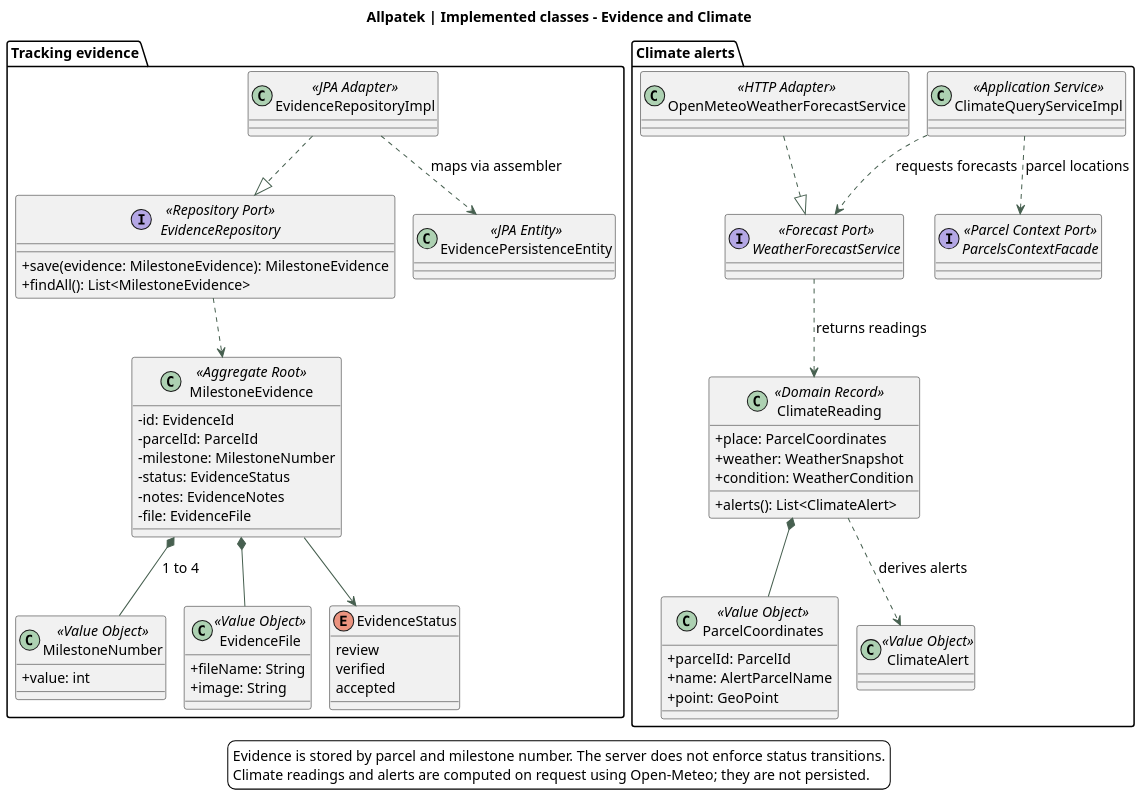
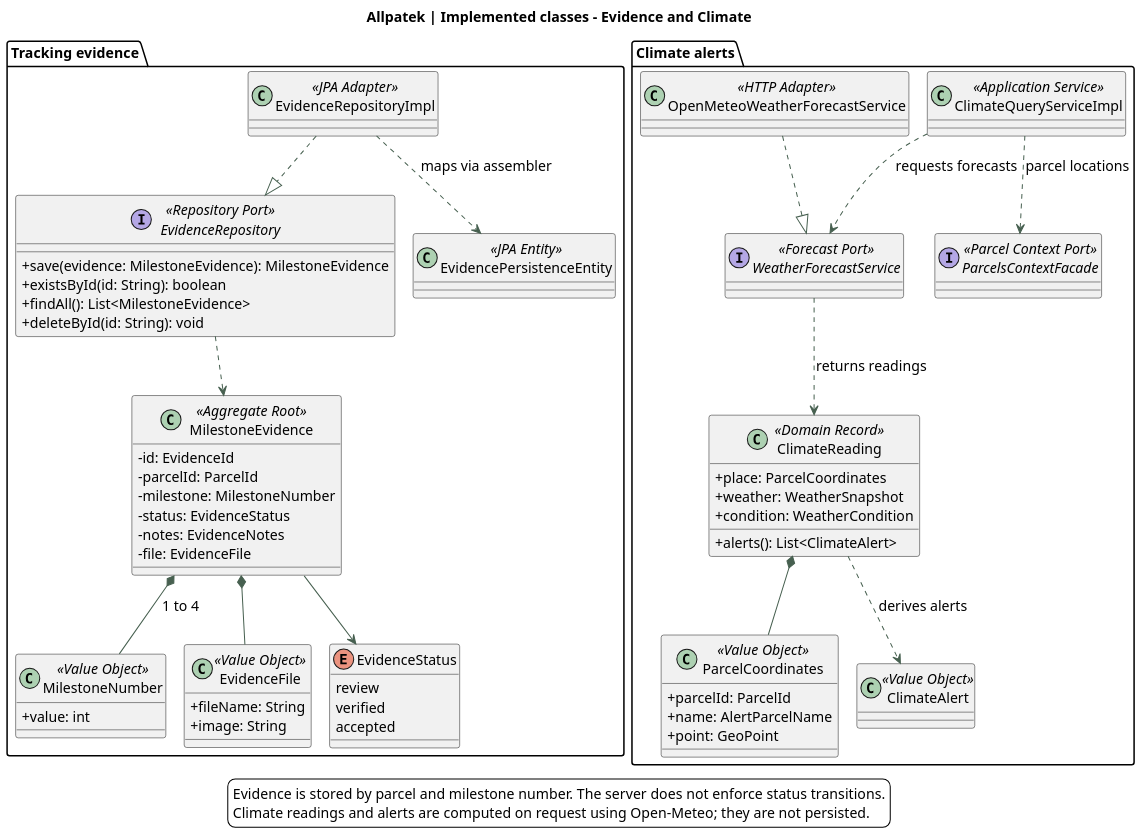
The diagram in assets/chapter-04/architecture/12-classes-monitoring.puml (upc-pre-202620-1asi0729-7753-Terranova/allpatek-report), drawn with PlantUML before and after one commit. The commit also changed 2 other files, not shown here.

Commit message:
docs(architecture): add EvidenceRepository existsById and deleteById

```diff
--- a/assets/chapter-04/architecture/12-classes-monitoring.puml
+++ b/assets/chapter-04/architecture/12-classes-monitoring.puml
@@ -1,86 +1,88 @@
 @startuml
 !pragma layout smetana
 skinparam backgroundColor white
 skinparam defaultFontName SansSerif
 skinparam defaultFontSize 14
 skinparam shadowing false
 skinparam classAttributeIconSize 0
 skinparam ArrowColor #476050
 skinparam dpi 140
 title Allpatek | Implemented classes - Evidence and Climate
 top to bottom direction
 
 package "Tracking evidence" {
   class MilestoneEvidence <<Aggregate Root>> {
     -id: EvidenceId
     -parcelId: ParcelId
     -milestone: MilestoneNumber
     -status: EvidenceStatus
     -notes: EvidenceNotes
     -file: EvidenceFile
   }
 
   class MilestoneNumber <<Value Object>> {
     +value: int
   }
 
   class EvidenceFile <<Value Object>> {
     +fileName: String
     +image: String
   }
 
   enum EvidenceStatus {
     review
     verified
     accepted
   }
 
   interface EvidenceRepository <<Repository Port>> {
     +save(evidence: MilestoneEvidence): MilestoneEvidence
+    +existsById(id: String): boolean
     +findAll(): List<MilestoneEvidence>
+    +deleteById(id: String): void
   }
 
   class EvidenceRepositoryImpl <<JPA Adapter>>
   class EvidencePersistenceEntity <<JPA Entity>>
 
   MilestoneEvidence *-- MilestoneNumber : 1 to 4
   MilestoneEvidence *-- EvidenceFile
   MilestoneEvidence --> EvidenceStatus
   EvidenceRepository ..> MilestoneEvidence
   EvidenceRepositoryImpl ..|> EvidenceRepository
   EvidenceRepositoryImpl ..> EvidencePersistenceEntity : maps via assembler
 }
 
 package "Climate alerts" {
   class ClimateQueryServiceImpl <<Application Service>>
   interface ParcelsContextFacade <<Parcel Context Port>>
   interface WeatherForecastService <<Forecast Port>>
   class OpenMeteoWeatherForecastService <<HTTP Adapter>>
   class ClimateReading <<Domain Record>> {
     +place: ParcelCoordinates
     +weather: WeatherSnapshot
     +condition: WeatherCondition
     +alerts(): List<ClimateAlert>
   }
 
   class ParcelCoordinates <<Value Object>> {
     +parcelId: ParcelId
     +name: AlertParcelName
     +point: GeoPoint
   }
 
   class ClimateAlert <<Value Object>>
 
   ClimateQueryServiceImpl ..> ParcelsContextFacade : parcel locations
   ClimateQueryServiceImpl ..> WeatherForecastService : requests forecasts
   WeatherForecastService ..> ClimateReading : returns readings
   OpenMeteoWeatherForecastService ..|> WeatherForecastService
   ClimateReading *-- ParcelCoordinates
   ClimateReading ..> ClimateAlert : derives alerts
 }
 
 legend bottom
 Evidence is stored by parcel and milestone number. The server does not enforce status transitions.
 Climate readings and alerts are computed on request using Open-Meteo; they are not persisted.
 endlegend
 @enduml
```
